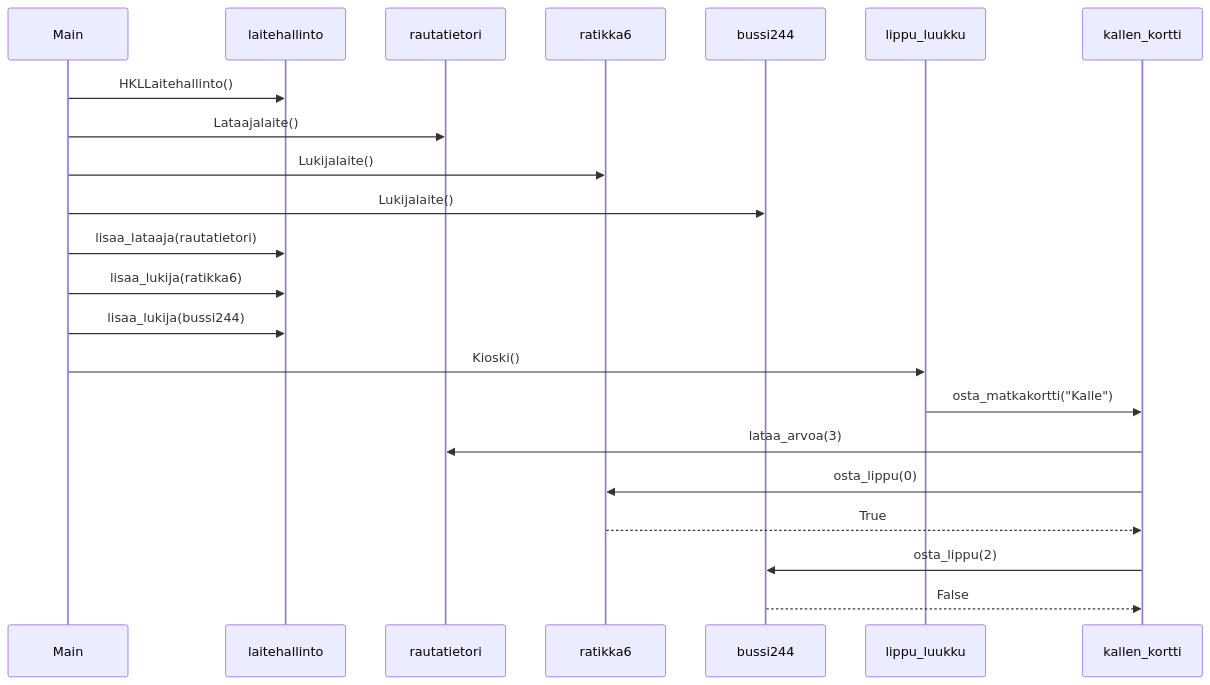
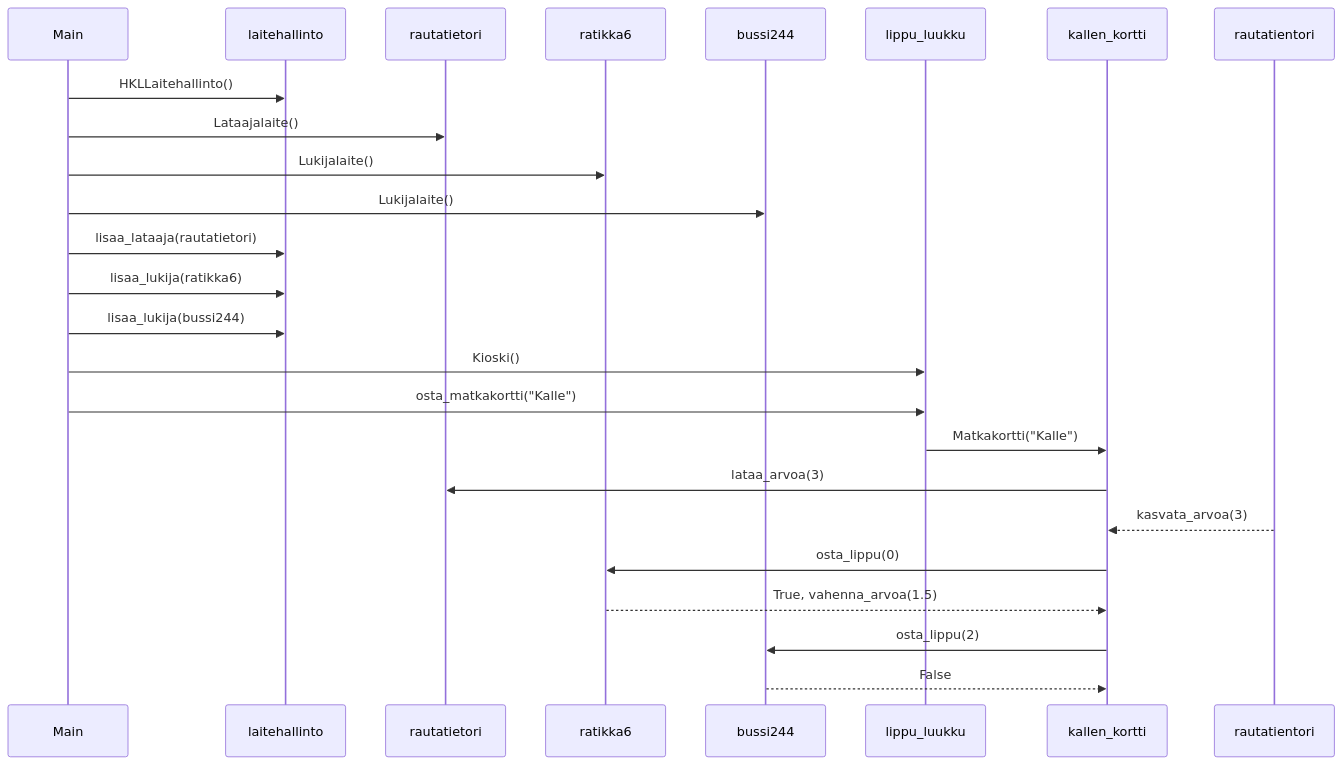
Before and after one commit to MatiasS717/Sportstracker: the diagram in laskarit/viikko3/HSL-sekvenssikaavio.md, drawn with Mermaid. The commit also changed other lines of this file, not shown here.

Commit message:
HSL updated

````diff
--- a/laskarit/viikko3/HSL-sekvenssikaavio.md
+++ b/laskarit/viikko3/HSL-sekvenssikaavio.md
@@ -3,24 +3,26 @@
 ```mermaid
 sequenceDiagram
   participant Main
   participant laitehallinto
   participant rautatietori
   participant ratikka6
   participant bussi244
   participant lippu_luukku
   participant kallen_kortti
   Main->>laitehallinto: HKLLaitehallinto()
   Main->>rautatietori: Lataajalaite()
   Main->>ratikka6: Lukijalaite()
   Main->>bussi244: Lukijalaite()
   Main->>laitehallinto: lisaa_lataaja(rautatietori)
   Main->>laitehallinto: lisaa_lukija(ratikka6)
   Main->>laitehallinto: lisaa_lukija(bussi244)
   Main->>lippu_luukku: Kioski()
-  lippu_luukku->>kallen_kortti: osta_matkakortti("Kalle")
+  Main->>lippu_luukku: osta_matkakortti("Kalle")
+  lippu_luukku->>kallen_kortti: Matkakortti("Kalle")
   kallen_kortti->>rautatietori: lataa_arvoa(3)
+  rautatientori-->>kallen_kortti: kasvata_arvoa(3)
   kallen_kortti->>ratikka6: osta_lippu(0)
-  ratikka6-->>kallen_kortti: True
+  ratikka6-->>kallen_kortti: True, vahenna_arvoa(1.5)
   kallen_kortti->>bussi244: osta_lippu(2)
   bussi244-->>kallen_kortti: False
 ```
````
